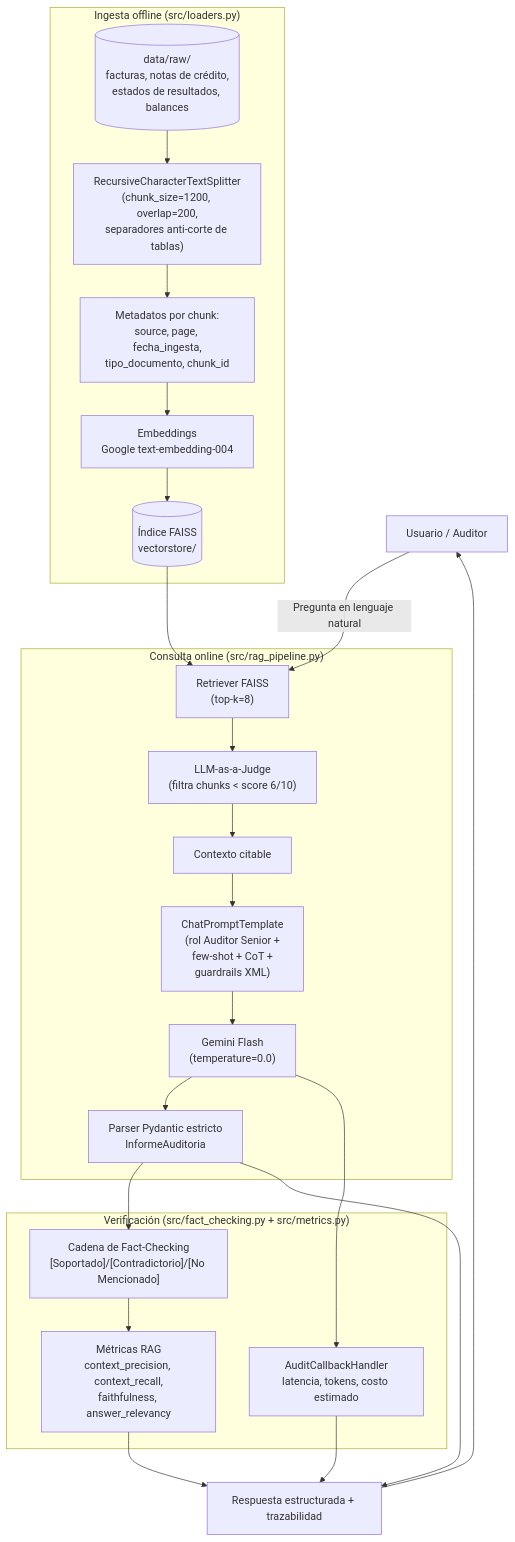
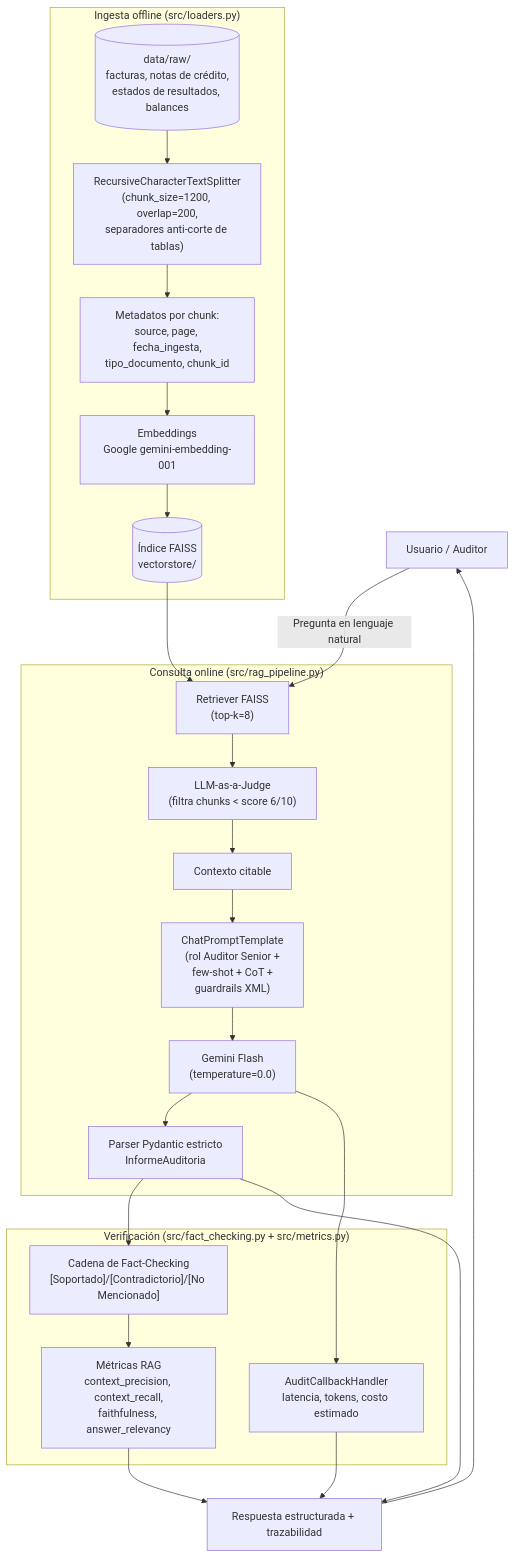
Before and after one commit to Martin-Vasquez-lab/RAG_Finanzas: the diagram in docs/architecture.mmd, drawn with Mermaid. The commit also changed 5 other files, not shown here.

First line of the commit message:
Actualizar modelos Gemini deprecados (text-embedding-004, gemini-1.5-flash)

```diff
--- a/docs/architecture.mmd
+++ b/docs/architecture.mmd
@@ -1,29 +1,29 @@
 flowchart TD
     U[Usuario / Auditor] -->|Pregunta en lenguaje natural| R
 
     subgraph Ingesta["Ingesta offline (src/loaders.py)"]
         RAW[("data/raw/\nfacturas, notas de crédito,\nestados de resultados, balances")] --> SPLIT["RecursiveCharacterTextSplitter\n(chunk_size=1200, overlap=200,\nseparadores anti-corte de tablas)"]
         SPLIT --> META["Metadatos por chunk:\nsource, page, fecha_ingesta,\ntipo_documento, chunk_id"]
-        META --> EMB["Embeddings\nGoogle text-embedding-004"]
+        META --> EMB["Embeddings\nGoogle gemini-embedding-001"]
         EMB --> IDX[("Índice FAISS\nvectorstore/")]
     end
 
     subgraph Consulta["Consulta online (src/rag_pipeline.py)"]
         R["Retriever FAISS\n(top-k=8)"] --> J["LLM-as-a-Judge\n(filtra chunks < score 6/10)"]
         J --> CTX["Contexto citable\n<contexto_auditoria>"]
         CTX --> P["ChatPromptTemplate\n(rol Auditor Senior +\nfew-shot + CoT +\nguardrails XML)"]
         P --> LLM["Gemini Flash\n(temperature=0.0)"]
         LLM --> OUT["Parser Pydantic estricto\nInformeAuditoria"]
     end
 
     subgraph Verificacion["Verificación (src/fact_checking.py + src/metrics.py)"]
         OUT --> FC["Cadena de Fact-Checking\n[Soportado]/[Contradictorio]/[No Mencionado]"]
         FC --> MET["Métricas RAG\ncontext_precision, context_recall,\nfaithfulness, answer_relevancy"]
         LLM --> CB["AuditCallbackHandler\nlatencia, tokens, costo estimado"]
     end
 
     IDX --> R
     OUT --> RESP[Respuesta estructurada + trazabilidad]
     MET --> RESP
     CB --> RESP
     RESP --> U
```
